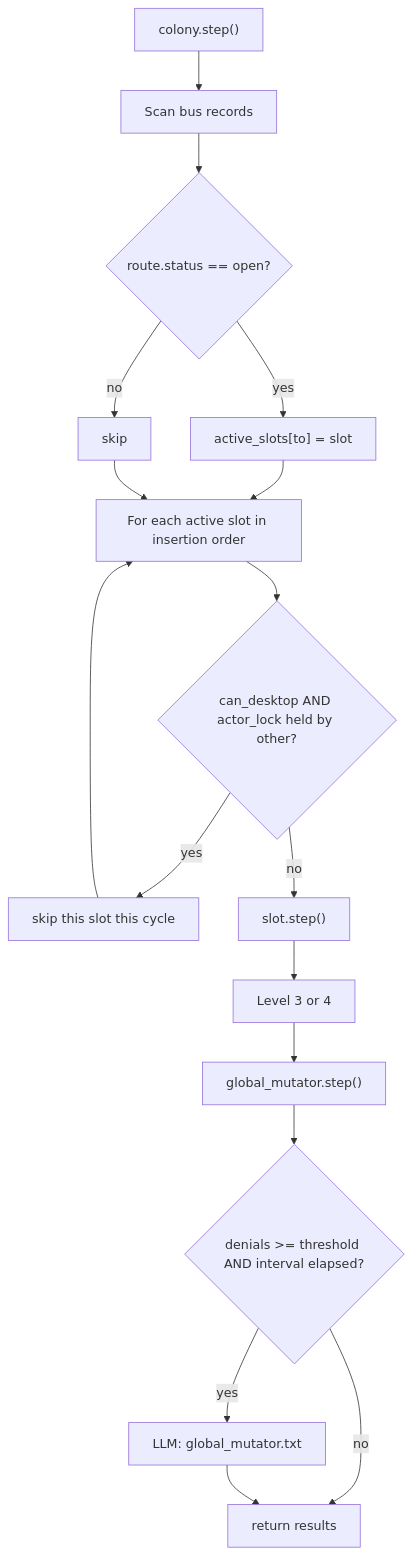
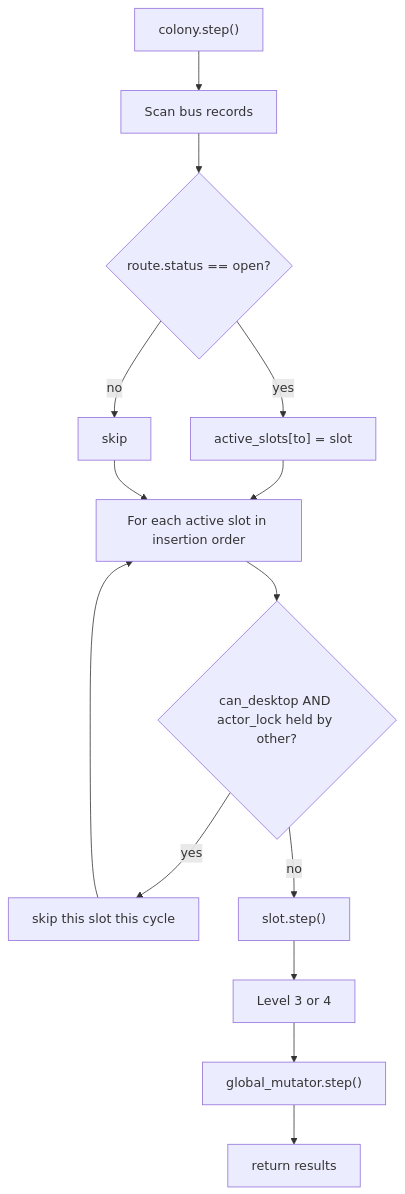
The third of 11 diagrams in README.md (wgabrys88/endgame-ai), drawn with Mermaid before and after one commit. The commit also changed other lines of this file and 11 other files, not shown here.

````diff
--- a/README.md
+++ b/README.md
@@ -90,19 +89,16 @@
 ```mermaid
 flowchart TD
     S["colony.step()"] --> A["Scan bus records"]
     A --> B{"route.status == open?"}
     B -->|yes| C["active_slots[to] = slot"]
     B -->|no| D["skip"]
     C --> E["For each active slot in insertion order"]
     D --> E
     E --> F{"can_desktop AND actor_lock held by other?"}
     F -->|yes| G["skip this slot this cycle"]
     F -->|no| H["slot.step()"]
     G --> E
     H --> I["Level 3 or 4"]
     I --> J["global_mutator.step()"]
-    J --> K{"denials >= threshold AND interval elapsed?"}
-    K -->|yes| L["LLM: global_mutator.txt"]
-    K -->|no| M["return results"]
-    L --> M
+    J --> M["return results"]
 ```
````
